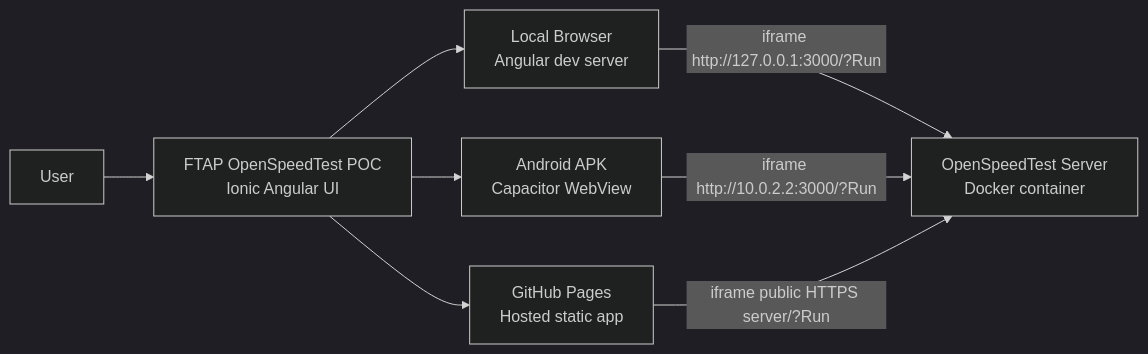
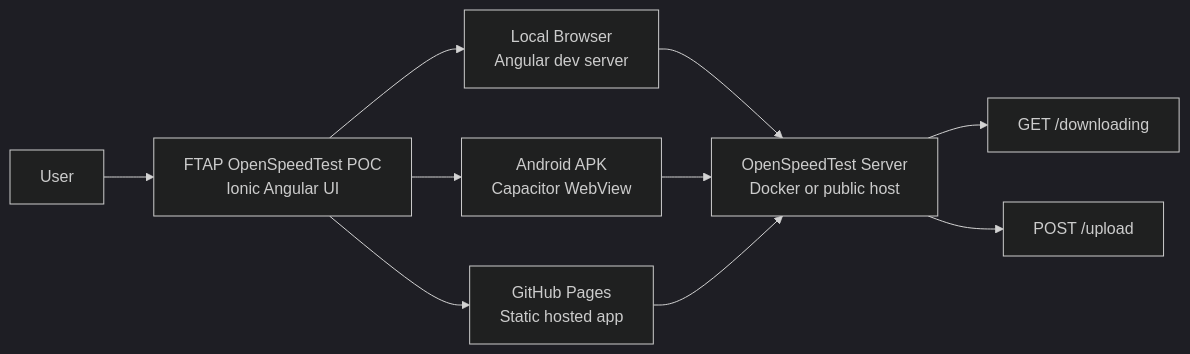
One commit to rgalor-ca/openspeedtest-ftap-poc changed the first of 3 diagrams in README.md. Above: the diagram before and after it, drawn with Mermaid (dark theme). The commit also changed other lines of this file and 13 other files, not shown here.

Commit message:
Refactor FTAP OpenSpeedTest POC UI

````diff
--- a/README.md
+++ b/README.md
@@ -47,17 +64,21 @@
 ```mermaid
 flowchart LR
   User["User"]
-  App["FTAP OpenSpeedTest POC<br>Ionic Angular UI"]
+  UI["FTAP OpenSpeedTest POC<br>Ionic Angular UI"]
   Web["Local Browser<br>Angular dev server"]
-  Native["Android APK<br>Capacitor WebView"]
-  Server["OpenSpeedTest Server<br>Docker container"]
-  Pages["GitHub Pages<br>Hosted static app"]
+  APK["Android APK<br>Capacitor WebView"]
+  Pages["GitHub Pages<br>Static hosted app"]
+  Server["OpenSpeedTest Server<br>Docker or public host"]
+  Download["GET /downloading"]
+  Upload["POST /upload"]
 
-  User --> App
-  App --> Web
-  App --> Native
-  App --> Pages
-  Web -->|"iframe http://127.0.0.1:3000/?Run"| Server
-  Native -->|"iframe http://10.0.2.2:3000/?Run"| Server
-  Pages -->|"iframe public HTTPS server/?Run"| Server
+  User --> UI
+  UI --> Web
+  UI --> APK
+  UI --> Pages
+  Web --> Server
+  APK --> Server
+  Pages --> Server
+  Server --> Download
+  Server --> Upload
 ```
````
